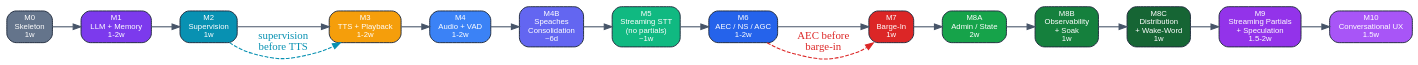
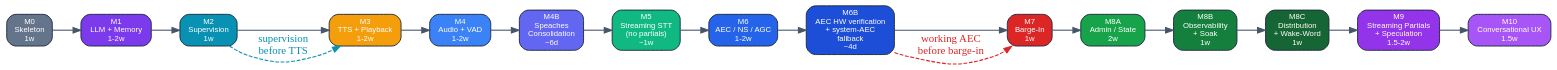
Before and after one commit to agutikov/lclva: the sixth of 6 diagrams in plans/project_design.md, drawn with Graphviz. The commit also changed 11 other files, not shown here.

````diff
--- a/plans/project_design.md
+++ b/plans/project_design.md
@@ -741,28 +741,29 @@
 ```dot
 digraph Milestones {
   rankdir=LR; bgcolor="transparent"; pad=0.3;
   node [style="filled,rounded", shape=box, fontname="Helvetica", fontsize=10, penwidth=1.2, color="#1E293B"];
   edge [color="#475569", penwidth=1.4];
 
   M0 [fillcolor="#64748B", fontcolor=white, label="M0\nSkeleton\n1w"];
   M1 [fillcolor="#7C3AED", fontcolor=white, label="M1\nLLM + Memory\n1-2w"];
   M2 [fillcolor="#0891B2", fontcolor=white, label="M2\nSupervision\n1w"];
   M3 [fillcolor="#F59E0B", fontcolor=white, label="M3\nTTS + Playback\n1-2w"];
   M4  [fillcolor="#3B82F6", fontcolor=white, label="M4\nAudio + VAD\n1-2w"];
   M4B [fillcolor="#6366F1", fontcolor=white, label="M4B\nSpeaches\nConsolidation\n~6d"];
   M5  [fillcolor="#10B981", fontcolor=white, label="M5\nStreaming STT\n(no partials)\n~1w"];
   M6  [fillcolor="#2563EB", fontcolor=white, label="M6\nAEC / NS / AGC\n1-2w"];
+  M6B [fillcolor="#1D4ED8", fontcolor=white, label="M6B\nAEC HW verification\n+ system-AEC\nfallback\n~4d"];
   M7  [fillcolor="#DC2626", fontcolor=white, label="M7\nBarge-In\n1w"];
   M8A [fillcolor="#16A34A", fontcolor=white, label="M8A\nAdmin / State\n2w"];
   M8B [fillcolor="#15803D", fontcolor=white, label="M8B\nObservability\n+ Soak\n1w"];
   M8C [fillcolor="#166534", fontcolor=white, label="M8C\nDistribution\n+ Wake-Word\n1w"];
   M9  [fillcolor="#9333EA", fontcolor=white, label="M9\nStreaming Partials\n+ Speculation\n1.5-2w"];
   M10 [fillcolor="#A855F7", fontcolor=white, label="M10\nConversational UX\n1.5w"];
 
-  M0 -> M1 -> M2 -> M3 -> M4 -> M4B -> M5 -> M6 -> M7 -> M8A -> M8B -> M8C -> M9 -> M10;
+  M0 -> M1 -> M2 -> M3 -> M4 -> M4B -> M5 -> M6 -> M6B -> M7 -> M8A -> M8B -> M8C -> M9 -> M10;
 
   // Highlight critical reorderings
   M2 -> M3 [label="supervision\nbefore TTS", fontcolor="#0891B2", color="#0891B2", style=dashed, constraint=false];
-  M6 -> M7 [label="AEC before\nbarge-in", fontcolor="#DC2626", color="#DC2626", style=dashed, constraint=false];
+  M6B -> M7 [label="working AEC\nbefore barge-in", fontcolor="#DC2626", color="#DC2626", style=dashed, constraint=false];
 }
 ```
````
